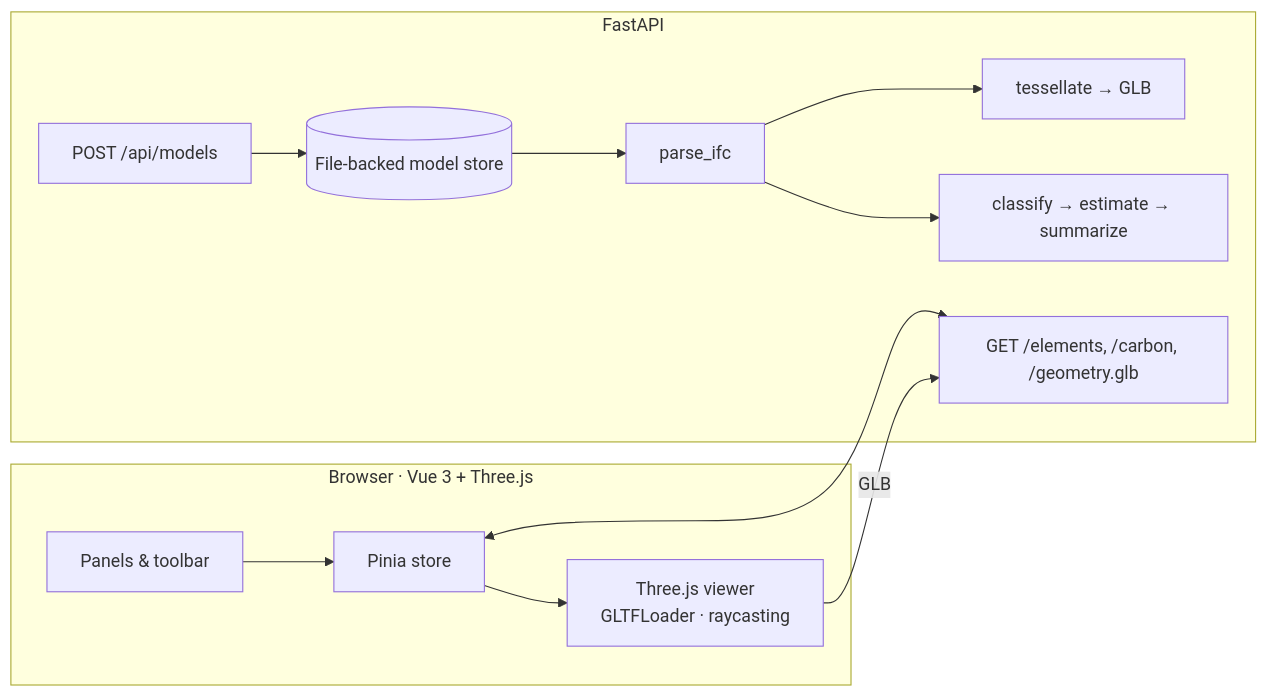
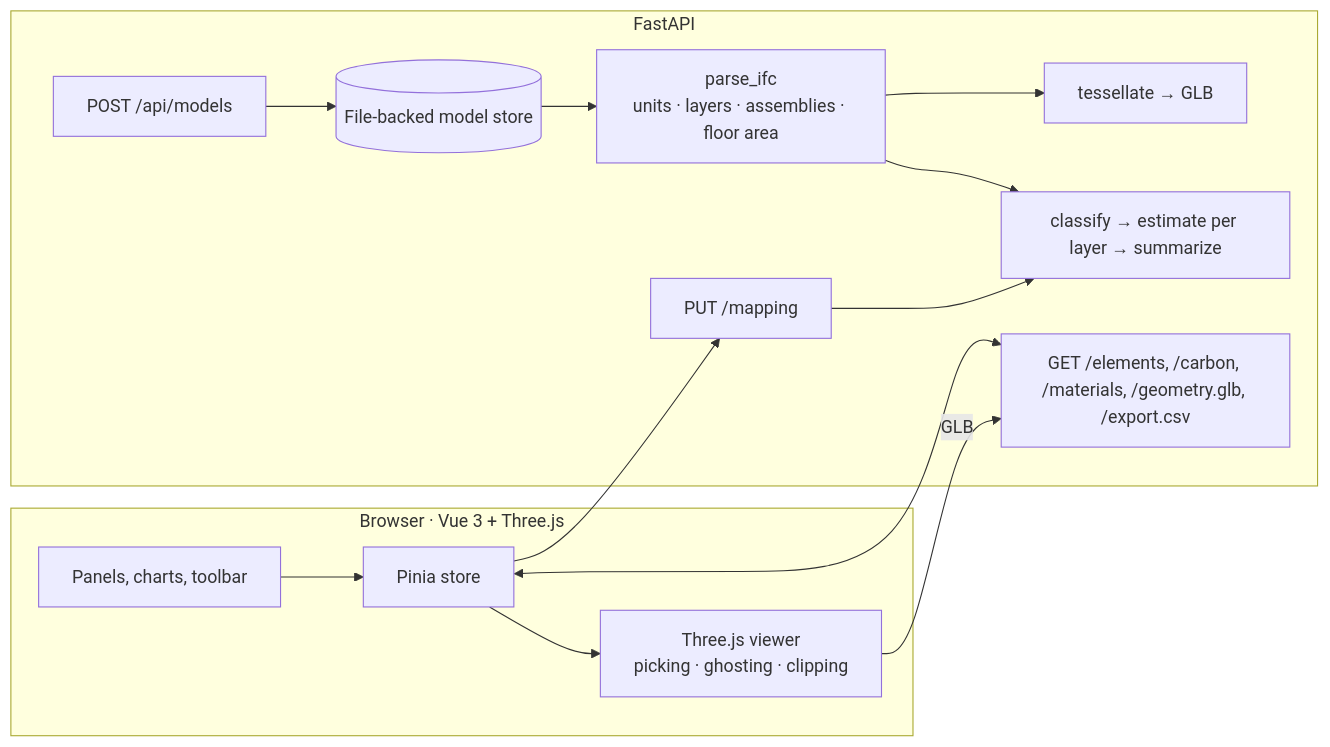
One commit to GebleaAlex/ifc-carbon-viewer changed the diagram in README.md. Above: the diagram before and after it, drawn with Mermaid. The commit also changed other lines of this file and 58 other files, not shown here.

````diff
--- a/README.md
+++ b/README.md
@@ -23,16 +64,18 @@
 ```mermaid
 flowchart LR
   subgraph browser [Browser · Vue 3 + Three.js]
-    UI[Panels & toolbar] --> Store[Pinia store]
-    Store --> Viewer[Three.js viewer\nGLTFLoader · raycasting]
+    UI[Panels, charts, toolbar] --> Store[Pinia store]
+    Store --> Viewer[Three.js viewer\npicking · ghosting · clipping]
   end
   subgraph api [FastAPI]
-    Upload[POST /api/models] --> Store2[(File-backed model store)]
-    Store2 --> Parse[parse_ifc]
+    Upload[POST /api/models] --> Files[(File-backed model store)]
+    Files --> Parse[parse_ifc\nunits · layers · assemblies · floor area]
     Parse --> Geo[tessellate → GLB]
-    Parse --> Carbon[classify → estimate → summarize]
-    Elements[GET /elements, /carbon, /geometry.glb]
+    Parse --> Carbon[classify → estimate per layer → summarize]
+    Mapping[PUT /mapping] --> Carbon
+    Read[GET /elements, /carbon, /materials, /geometry.glb, /export.csv]
   end
-  Store <--> Elements
-  Viewer -->|GLB| Elements
+  Store <--> Read
+  Store --> Mapping
+  Viewer -->|GLB| Read
 ```
````
